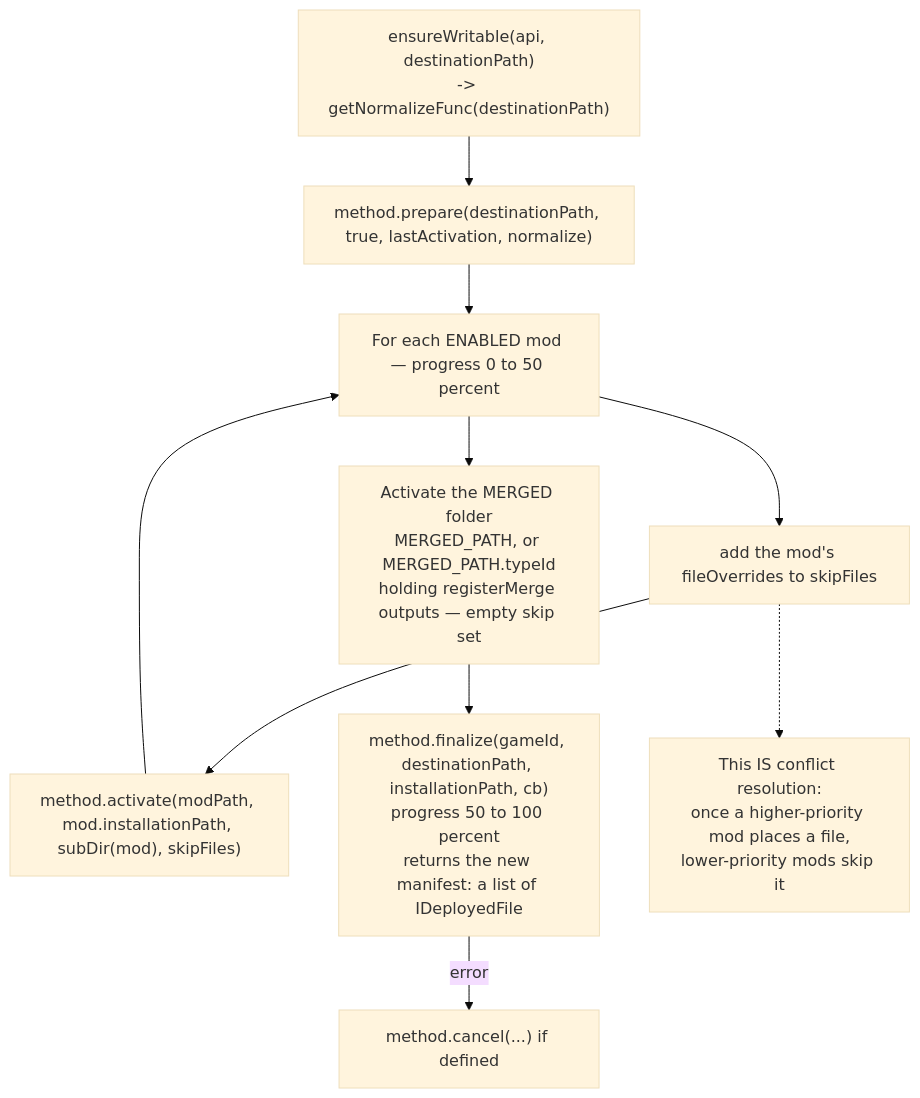
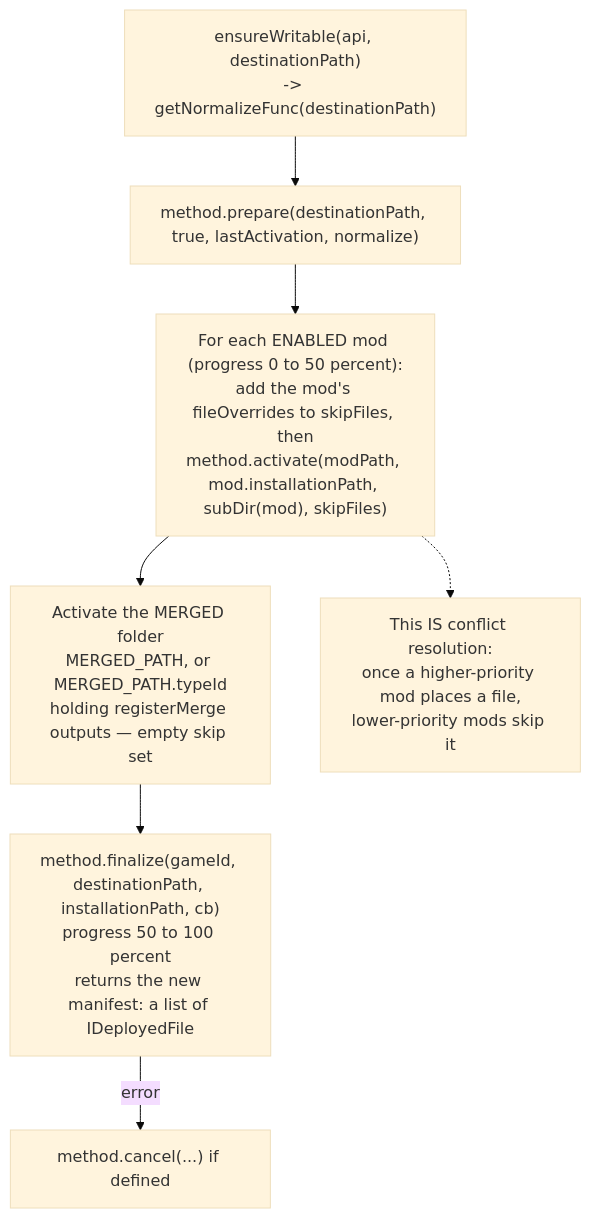
The seventh of 13 diagrams in resources/VORTEX_FLOWCHARTS.md (ChemGuy1611/ChemBoy1-Vortex-Games), drawn with Mermaid (base theme) before and after one commit. The commit also changed other lines of this file, not shown here.

Commit message:
flowcharts fix

````diff
--- a/resources/VORTEX_FLOWCHARTS.md
+++ b/resources/VORTEX_FLOWCHARTS.md
@@ -231,12 +253,9 @@
 ```mermaid
 flowchart TD
     D1["ensureWritable(api, destinationPath)<br/>-> getNormalizeFunc(destinationPath)"] --> D2["method.prepare(destinationPath, true, lastActivation, normalize)"]
-    D2 --> D3["For each ENABLED mod — progress 0 to 50 percent"]
-    D3 --> D3A["add the mod's fileOverrides to skipFiles"]
-    D3A --> D3B["method.activate(modPath, mod.installationPath, subDir(mod), skipFiles)"]
-    D3B --> D3
+    D2 --> D3["For each ENABLED mod (progress 0 to 50 percent):<br/>add the mod's fileOverrides to skipFiles, then<br/>method.activate(modPath, mod.installationPath, subDir(mod), skipFiles)"]
     D3 --> D4["Activate the MERGED folder<br/>MERGED_PATH, or MERGED_PATH.typeId<br/>holding registerMerge outputs — empty skip set"]
     D4 --> D5["method.finalize(gameId, destinationPath, installationPath, cb)<br/>progress 50 to 100 percent<br/>returns the new manifest: a list of IDeployedFile"]
     D5 -- "error" --> D6["method.cancel(...) if defined"]
-    D3A -.-> CONF["This IS conflict resolution:<br/>once a higher-priority mod places a file,<br/>lower-priority mods skip it"]
+    D3 -.-> CONF["This IS conflict resolution:<br/>once a higher-priority mod places a file,<br/>lower-priority mods skip it"]
 ```
````
